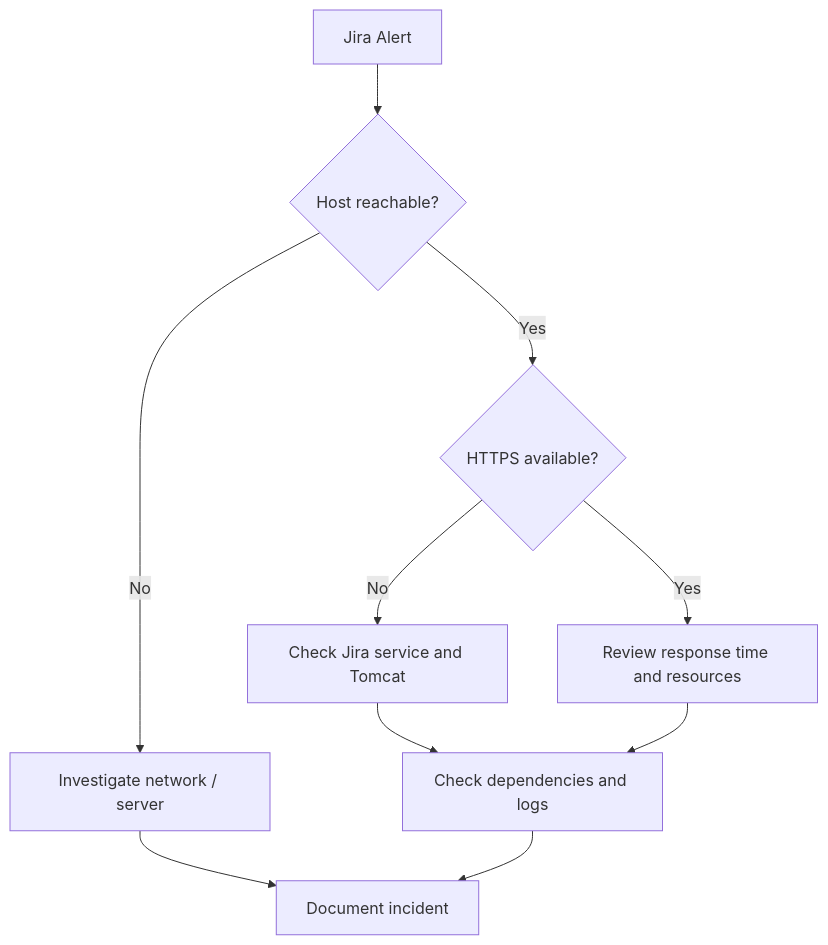
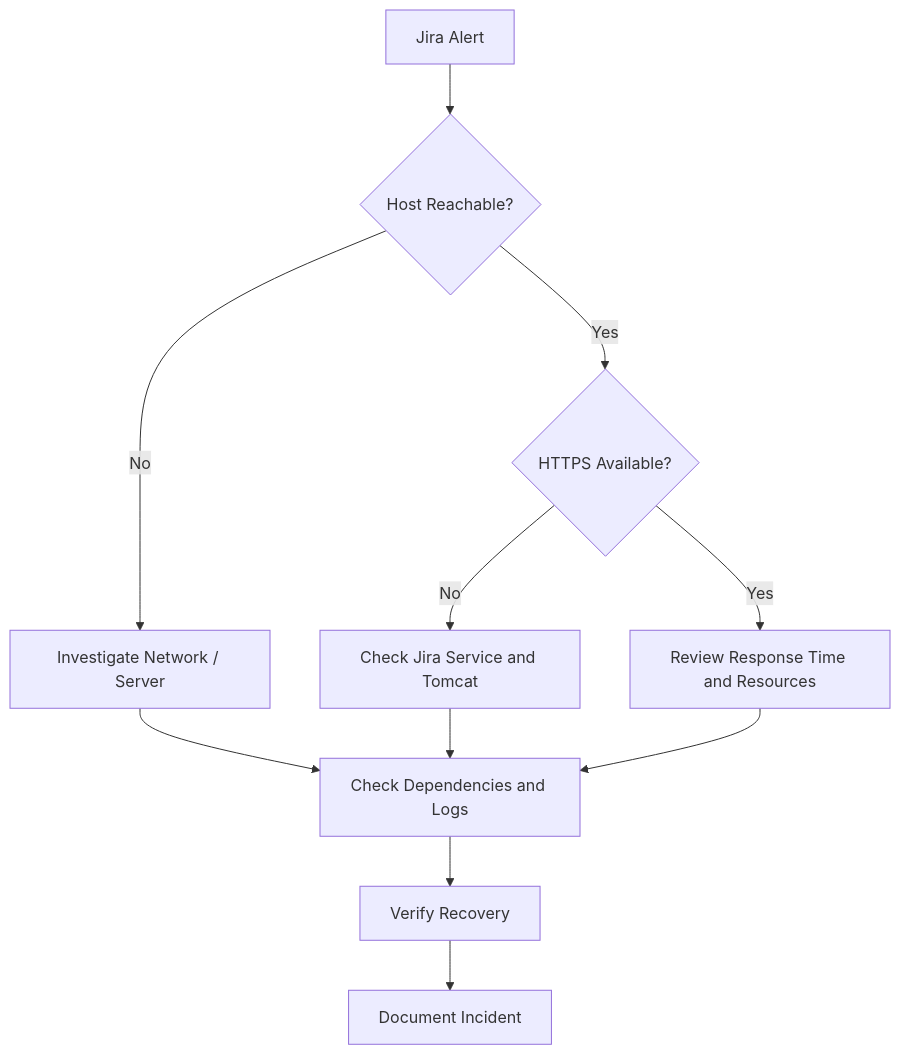
One commit to elahegivi/enterprise-infrastructure-monitoring changed the second of 2 diagrams in docs/jira-zabbix-configuration.md. Above: the diagram before and after it, drawn with Mermaid. The commit also changed other lines of this file, not shown here.

Commit message:
Refine Jira Zabbix monitoring configuration

````diff
--- a/docs/jira-zabbix-configuration.md
+++ b/docs/jira-zabbix-configuration.md
@@ -172,21 +219,23 @@
 ```mermaid
 flowchart TD
     A["Jira Alert"]
-    B{"Host reachable?"}
-    C["Investigate network / server"]
-    D{"HTTPS available?"}
-    E["Check Jira service and Tomcat"]
-    F["Review response time and resources"]
-    G["Check dependencies and logs"]
-    H["Document incident"]
+    B{"Host Reachable?"}
+    C["Investigate Network / Server"]
+    D{"HTTPS Available?"}
+    E["Check Jira Service and Tomcat"]
+    F["Review Response Time and Resources"]
+    G["Check Dependencies and Logs"]
+    H["Verify Recovery"]
+    I["Document Incident"]
 
     A --> B
     B -->|No| C
     B -->|Yes| D
     D -->|No| E
     D -->|Yes| F
+
+    C --> G
     E --> G
     F --> G
-    C --> H
-    G --> H
+    G --> H --> I
 ```
````
